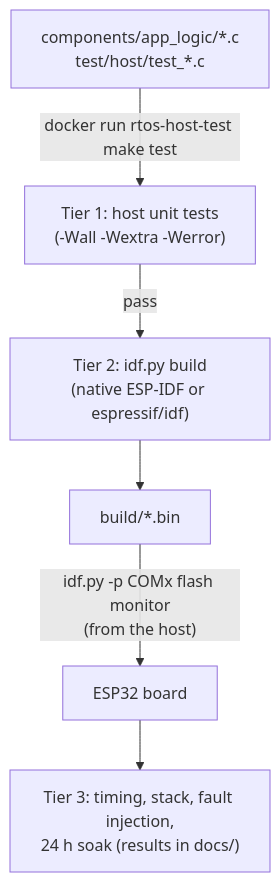
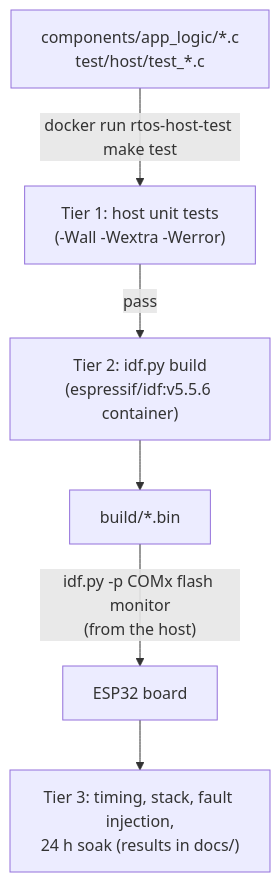
One commit to Thejus26/rtos-weather-station changed the diagram in context/code-build.md. Above: the diagram before and after it, drawn with Mermaid. The commit also changed other lines of this file and 3 other files, not shown here.

First line of the commit message:
docs: install ESP-IDF via pinned container, record version and caps (s0-t5)

````diff
--- a/context/code-build.md
+++ b/context/code-build.md
@@ -20,8 +20,8 @@
 ```mermaid
 flowchart TD
     Src["components/app_logic/*.c<br/>test/host/test_*.c"] -->|"docker run rtos-host-test make test"| T1["Tier 1: host unit tests<br/>(-Wall -Wextra -Werror)"]
-    T1 -->|pass| T2["Tier 2: idf.py build<br/>(native ESP-IDF or espressif/idf)"]
+    T1 -->|pass| T2["Tier 2: idf.py build<br/>(espressif/idf:v5.5.6 container)"]
     T2 --> Bin["build/*.bin"]
     Bin -->|"idf.py -p COMx flash monitor<br/>(from the host)"| Board["ESP32 board"]
     Board --> T3["Tier 3: timing, stack, fault injection,<br/>24 h soak (results in docs/)"]
 ```
````
